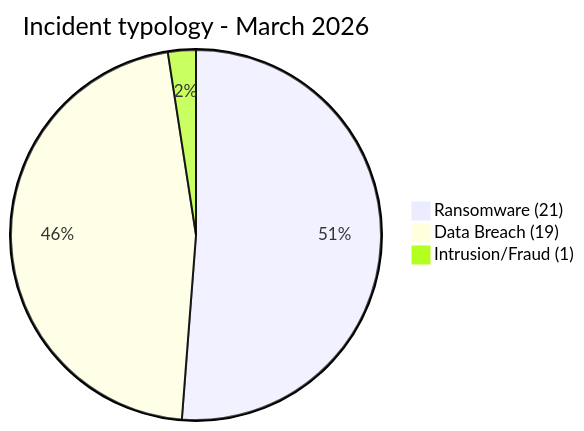
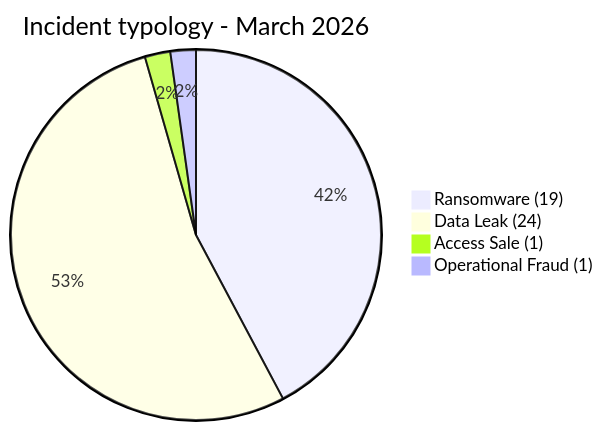
The second of 6 diagrams in visual-intelligence/03-march/ecosystem-map.md (Hatchepsoute/AFRINTEL), drawn with Mermaid before and after one commit. The commit also changed other lines of this file and 120 other files, not shown here.

````diff
--- a/visual-intelligence/03-march/ecosystem-map.md
+++ b/visual-intelligence/03-march/ecosystem-map.md
@@ -34,7 +34,8 @@
 ```mermaid
 pie
     title Incident typology - March 2026
-    "Ransomware (21)" : 21
-    "Data Breach (19)" : 19
-    "Intrusion/Fraud (1)" : 1
+    "Ransomware (19)" : 19
+    "Data Leak (24)" : 24
+    "Access Sale (1)" : 1
+    "Operational Fraud (1)" : 1
 ```
````
